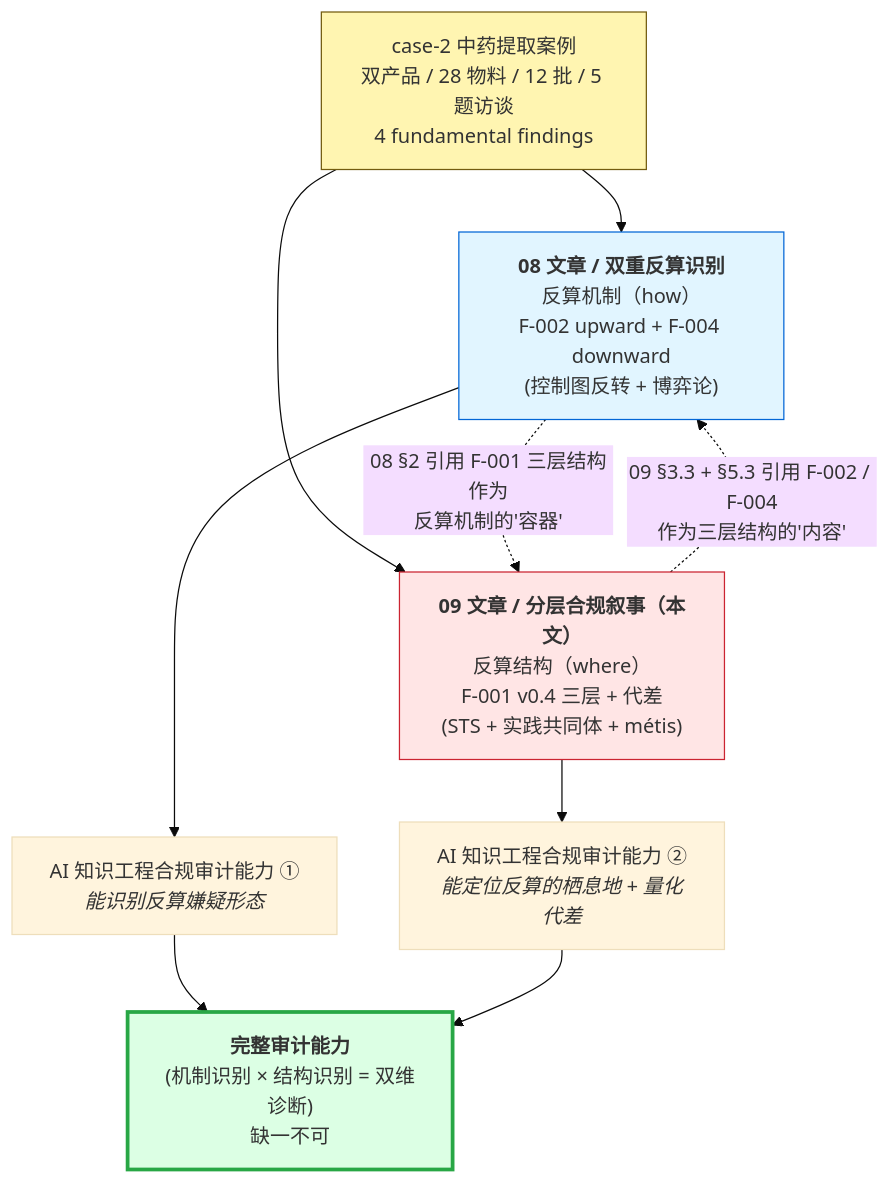
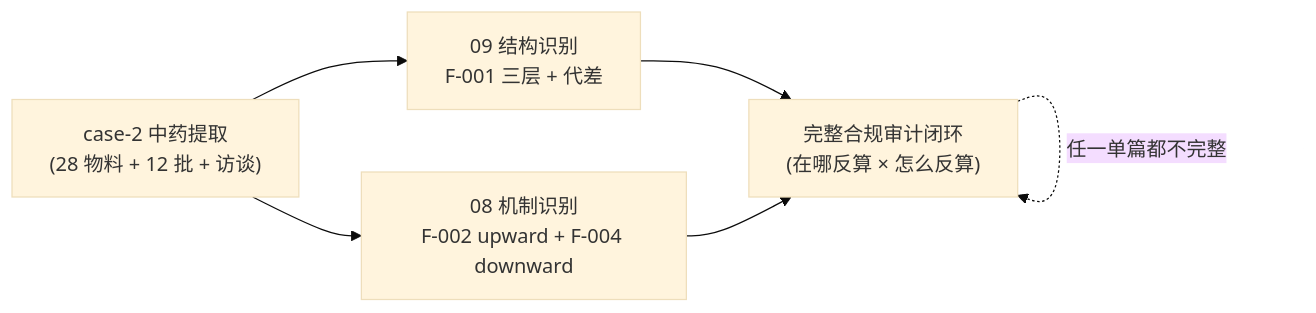
The second of 2 diagrams in docs/methodology/09-layered-compliance-narrative-pattern.md (lizhuojunx86/huadian), drawn with Mermaid (base theme) before and after one commit. The commit also changed other lines of this file and 1 other file, not shown here.

````diff
--- a/docs/methodology/09-layered-compliance-narrative-pattern.md
+++ b/docs/methodology/09-layered-compliance-narrative-pattern.md
@@ -814,20 +181,8 @@
 ```mermaid
-flowchart TB
-    case2[case-2 中药提取案例<br/>双产品 / 28 物料 / 12 批 / 5 题访谈<br/>4 fundamental findings]
-
-    case2 --> 08["<b>08 文章 / 双重反算识别</b><br/>反算机制（how）<br/>F-002 upward + F-004 downward<br/>(控制图反转 + 博弈论)"]
-    case2 --> 09["<b>09 文章 / 分层合规叙事（本文）</b><br/>反算结构（where）<br/>F-001 v0.4 三层 + 代差<br/>(STS + 实践共同体 + métis)"]
-
-    08 -. "08 §2 引用 F-001 三层结构作为<br/>反算机制的'容器'" .-> 09
-    09 -. "09 §3.3 + §5.3 引用 F-002 / F-004<br/>作为三层结构的'内容'" .-> 08
-
-    08 --> output1["AI 知识工程合规审计能力 ①<br/><i>能识别反算嫌疑形态</i>"]
-    09 --> output2["AI 知识工程合规审计能力 ②<br/><i>能定位反算的栖息地 + 量化代差</i>"]
-
-    output1 & output2 --> integrated["<b>完整审计能力</b><br/>(机制识别 × 结构识别 = 双维诊断)<br/>缺一不可"]
-
-    style case2 fill:#fff5b1,stroke:#735c0f
-    style 08 fill:#e1f5ff,stroke:#0366d6
-    style 09 fill:#ffe5e5,stroke:#cb2431
-    style integrated fill:#dcffe4,stroke:#28a745,stroke-width:3px
+flowchart LR
+    C["case-2 中药提取<br/>(28 物料 + 12 批 + 访谈)"] --> S09["09 结构识别<br/>F-001 三层 + 代差"]
+    C --> M08["08 机制识别<br/>F-002 upward + F-004 downward"]
+    S09 --> Z["完整合规审计闭环<br/>(在哪反算 × 怎么反算)"]
+    M08 --> Z
+    Z -.->|"任一单篇都不完整"| Z
 ```
````
